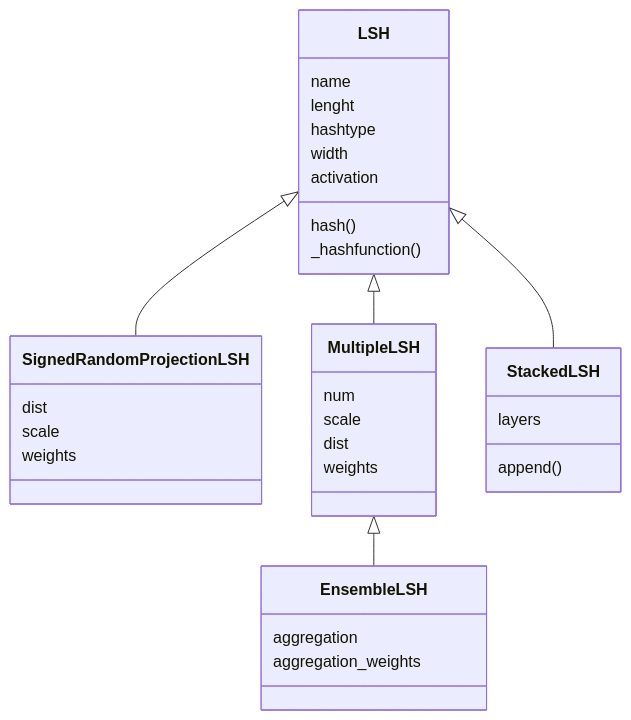
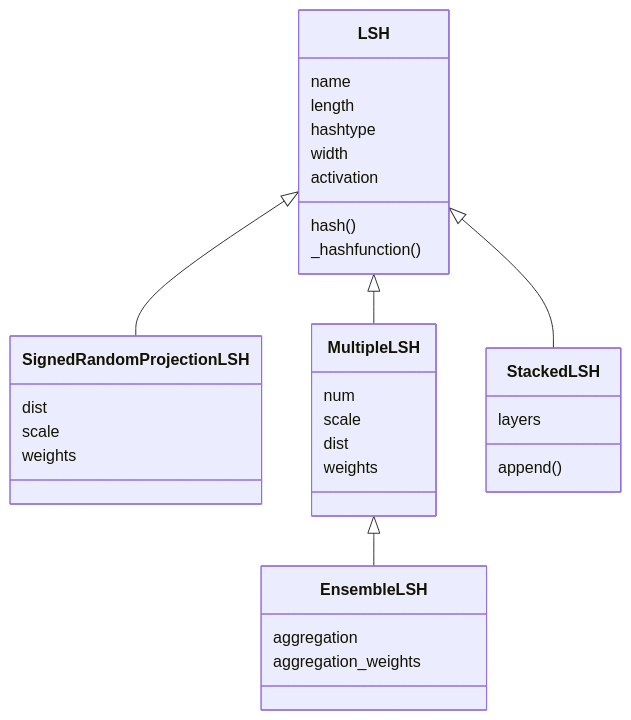
The diagram in README.md (petroniocandido/ts_lsh), drawn with Mermaid before and after one commit.

````diff
--- a/README.md
+++ b/README.md
@@ -7,25 +7,25 @@
 ```mermaid
 classDiagram
-LSH : name
-LSH : lenght
-LSH : hashtype
-LSH : width
-LSH : activation
-LSH : hash()
-LSH : _hashfunction()
-LSH <|-- SignedRandomProjectionLSH
-SignedRandomProjectionLSH : dist
-SignedRandomProjectionLSH : scale
-SignedRandomProjectionLSH : weights
-LSH <|-- MultipleLSH
-MultipleLSH : num
-MultipleLSH : scale
-MultipleLSH : dist
-MultipleLSH : weights
-MultipleLSH <|-- EnsembleLSH
-EnsembleLSH : aggregation
-EnsembleLSH : aggregation_weights
-LSH <|-- StackedLSH
-StackedLSH : layers
-StackedLSH : append()
+    LSH : name
+    LSH : length
+    LSH : hashtype
+    LSH : width
+    LSH : activation
+    LSH : hash()
+    LSH : _hashfunction()
+    LSH <|-- SignedRandomProjectionLSH
+    SignedRandomProjectionLSH : dist
+    SignedRandomProjectionLSH : scale
+    SignedRandomProjectionLSH : weights
+    LSH <|-- MultipleLSH
+    MultipleLSH : num
+    MultipleLSH : scale
+    MultipleLSH : dist
+    MultipleLSH : weights
+    MultipleLSH <|-- EnsembleLSH
+    EnsembleLSH : aggregation
+    EnsembleLSH : aggregation_weights
+    LSH <|-- StackedLSH
+    StackedLSH : layers
+    StackedLSH : append()
 ```
````
